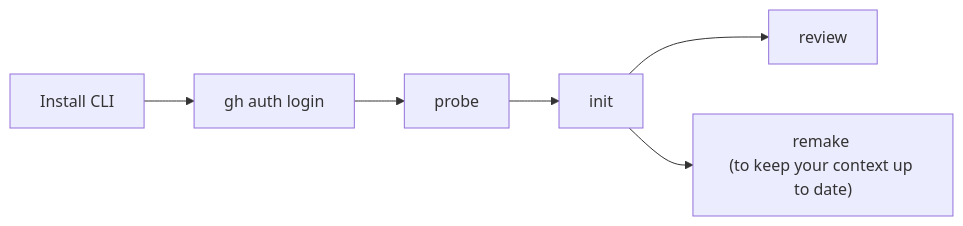
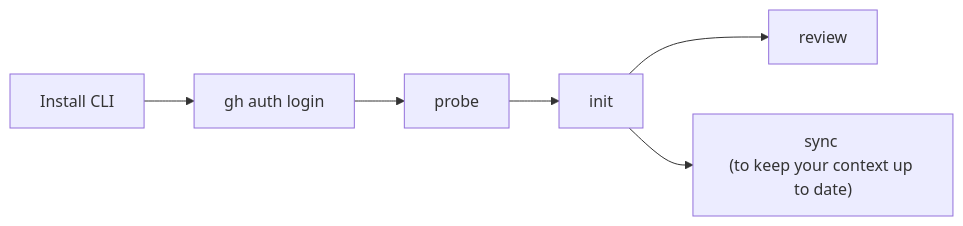
One commit to GroophyLifefor/co-maintainer changed the first of 3 diagrams in docs/md/getting-started.md. Above: the diagram before and after it, drawn with Mermaid. The commit also changed other lines of this file and 40 other files, not shown here.

First line of the commit message:
Rename the user-facing remake command to sync

````diff
--- a/docs/md/getting-started.md
+++ b/docs/md/getting-started.md
@@ -9,8 +9,8 @@
 ```mermaid
 flowchart LR
   install[Install CLI] --> auth[gh auth login]
   auth --> probe[probe]
   probe --> init[init]
   init --> review[review]
-  init --> remake["remake <br/>(to keep your context up to date)"]
+  init --> sync["sync <br/>(to keep your context up to date)"]
 ```
````
